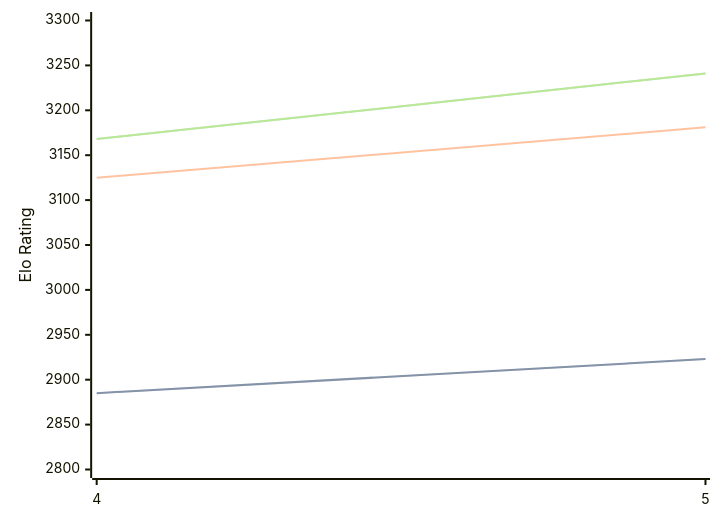
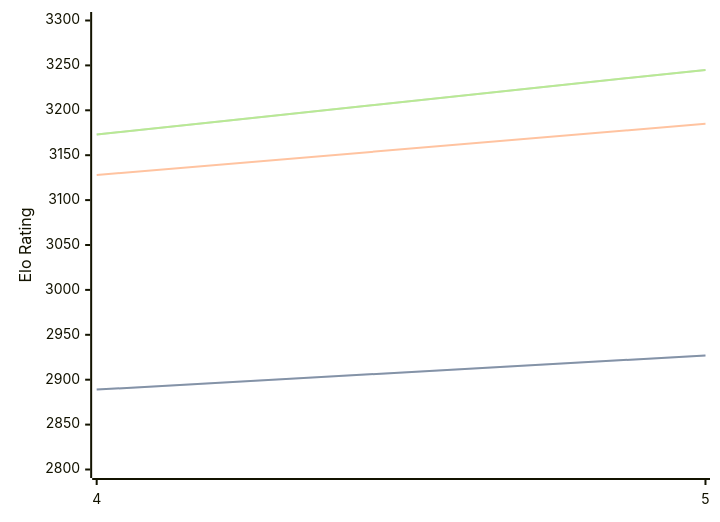
Before and after one commit to computer-chess-index/cci: the diagram in engines/Cwtch.md, drawn with Mermaid. The commit also changed other lines of this file, not shown here.

Commit message:
Update CCI Ratings (ELO VLTC) - 2026-04-30

````diff
--- a/engines/Cwtch.md
+++ b/engines/Cwtch.md
@@ -34,11 +34,11 @@
 ```mermaid
 %%{init: {"theme":"base","themeVariables":{"seriesColors:['#a3a3a3','#222221','#faa371']}}}%%
 xychart-beta
   x-axis ["4", "5"]
   y-axis "Elo Rating" 2800 --> 3300
-  line "STC (8.0+0.08s)" [2885, 2923]
-  line "STC (8.0+0.08s)" [2885, 2923]
-  line "LTC (60.0+0.60s)" [3125, 3181]
-  line "VLTC (2m24s+1.12s)" [3168, 3241]
-  line "VLTC (2m24s+1.12s)" [3168, 3241]
+  line "STC (8.0+0.08s)" [2889, 2927]
+  line "STC (8.0+0.08s)" [2889, 2927]
+  line "LTC (60.0+0.60s)" [3128, 3185]
+  line "VLTC (2m24s+1.12s)" [3173, 3245]
+  line "VLTC (2m24s+1.12s)" [3173, 3245]
 ```
````
